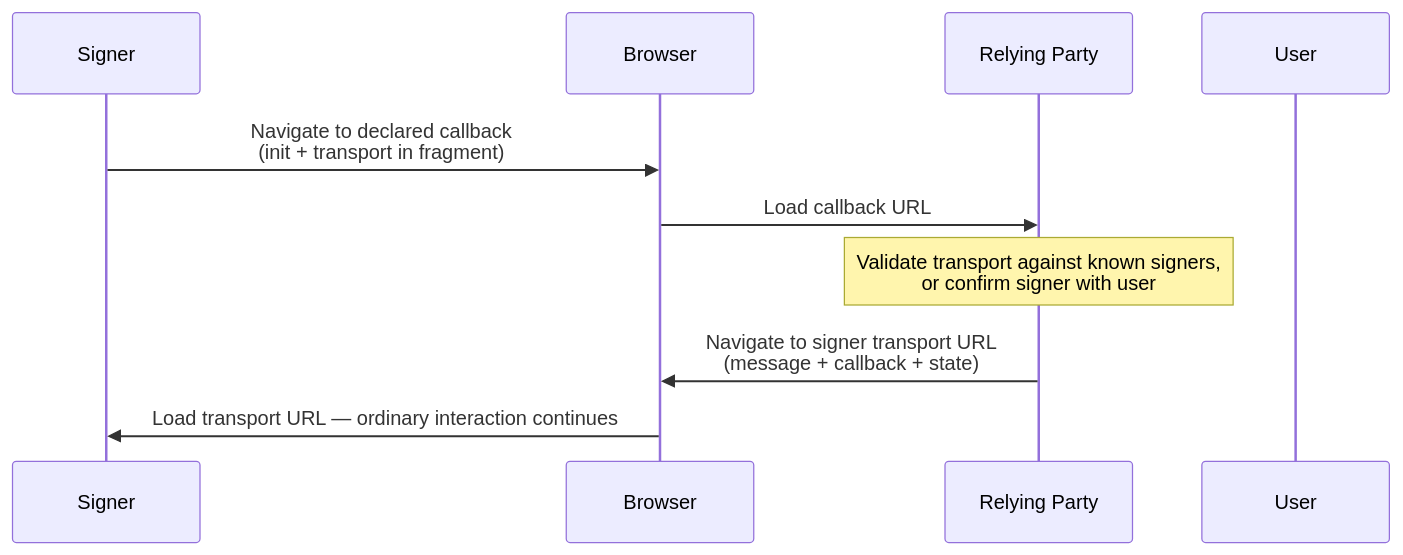
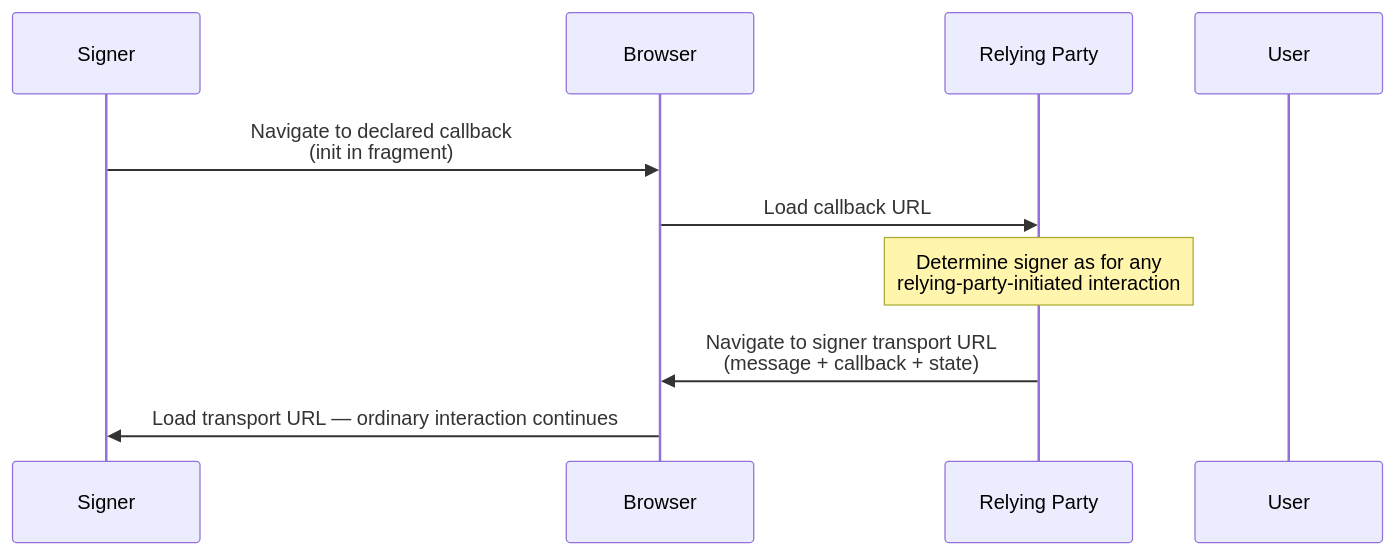
One commit to dfinity/wg-identity-authentication changed the second of 2 diagrams in topics/icrc_167_browser_url_transport.md. Above: the diagram before and after it, drawn with Mermaid. The commit also changed other lines of this file, not shown here.

First line of the commit message:
ICRC-167: drop transport param from signer-initiated flow

````diff
--- a/topics/icrc_167_browser_url_transport.md
+++ b/topics/icrc_167_browser_url_transport.md
@@ -174,13 +173,13 @@
 ```mermaid
 sequenceDiagram
     participant S as Signer
     participant B as Browser
     participant RP as Relying Party
     participant U as User
 
-    S ->> B: Navigate to declared callback<br>(init + transport in fragment)
+    S ->> B: Navigate to declared callback<br>(init in fragment)
     B ->> RP: Load callback URL
-    Note over RP: Validate transport against known signers,<br>or confirm signer with user
+    Note over RP: Determine signer as for any<br>relying-party-initiated interaction
     RP ->> B: Navigate to signer transport URL<br>(message + callback + state)
     B ->> S: Load transport URL — ordinary interaction continues
 ```
````
